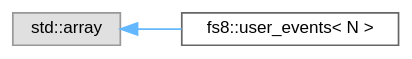
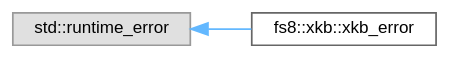
One commit to the-moisrex/foresight changed the diagram in api/inherit_graph_152.dot. Above: the diagram before and after it, drawn with Graphviz. The commit also changed 165 other files, not shown here.

```diff
--- a/api/inherit_graph_152.dot
+++ b/api/inherit_graph_152.dot
@@ -1,11 +1,11 @@
 digraph "Graphical Class Hierarchy"
 {
  // LATEX_PDF_SIZE
   bgcolor="transparent";
   edge [fontname=Helvetica,fontsize=10,labelfontname=Helvetica,labelfontsize=10];
   node [fontname=Helvetica,fontsize=10,shape=box,height=0.2,width=0.4];
   rankdir="LR";
-  Node0 [id="Node000000",label="std::array",height=0.2,width=0.4,color="grey60", fillcolor="#E0E0E0", style="filled",tooltip=" "];
-  Node0 -> Node1 [id="edge141_Node000000_Node000001",dir="back",color="steelblue1",style="solid",tooltip=" "];
-  Node1 [id="Node000001",label="fs8::user_events\< N \>",height=0.2,width=0.4,color="grey40", fillcolor="white", style="filled",URL="$structfs8_1_1user__events.html",tooltip=" "];
+  Node0 [id="Node000000",label="std::runtime_error",height=0.2,width=0.4,color="grey60", fillcolor="#E0E0E0", style="filled",tooltip=" "];
+  Node0 -> Node1 [id="edge146_Node000000_Node000001",dir="back",color="steelblue1",style="solid",tooltip=" "];
+  Node1 [id="Node000001",label="fs8::xkb::xkb_error",height=0.2,width=0.4,color="grey40", fillcolor="white", style="filled",URL="$structfs8_1_1xkb_1_1xkb__error.html",tooltip="Exception type."];
 }
```
